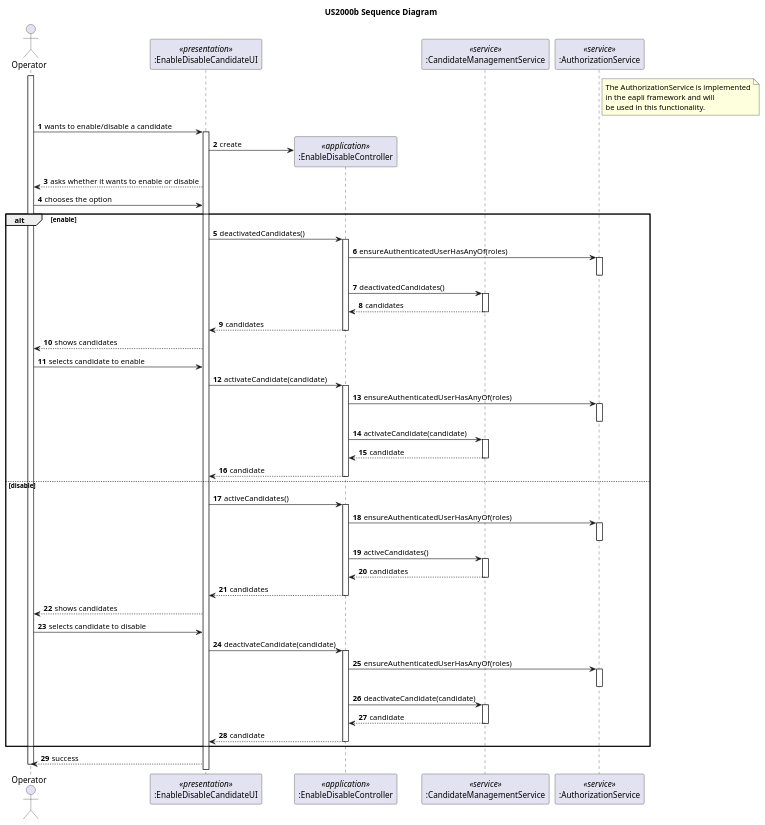
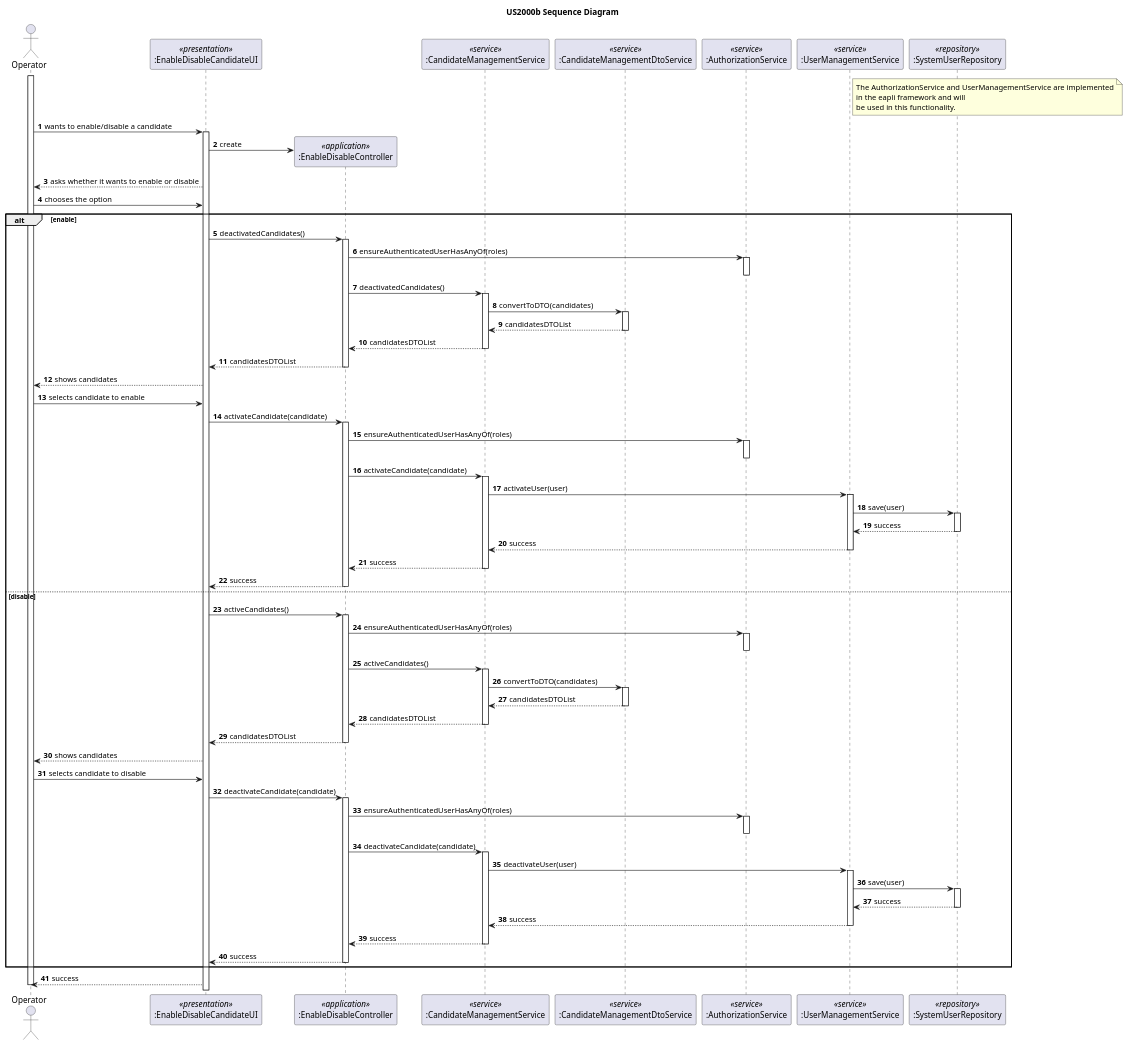
One commit to rita-barbosa/LAPR4-2324 changed the diagram in docs/sprint-c/us_2000b/sd/sd-us-2000b.puml. Above: the diagram before and after it, drawn with PlantUML. The commit also changed 4 other files, not shown here.

```diff
--- a/docs/sprint-c/us_2000b/sd/sd-us-2000b.puml
+++ b/docs/sprint-c/us_2000b/sd/sd-us-2000b.puml
@@ -1,112 +1,142 @@
 @startuml
 autonumber
 
 title US2000b Sequence Diagram
 
 actor "Operator" as operator
 
 participant ":EnableDisableCandidateUI" as UI <<presentation>>
 participant ":EnableDisableController" as CTRL <<application>>
 participant ":CandidateManagementService" as CMS <<service>>
+participant ":CandidateManagementDtoService" as CandidateManagementDtoService <<service>>
 participant ":AuthorizationService" as AUTHZ <<service>>
+participant ":UserManagementService" as UserManagementService <<service>>
+participant ":SystemUserRepository" as UserRepository <<repository>>
 
-note right AUTHZ
-The AuthorizationService is implemented
+
+note right UserManagementService
+The AuthorizationService and UserManagementService are implemented
 in the eapli framework and will
 be used in this functionality.
 end note
 
 activate operator
 
 operator -> UI : wants to enable/disable a candidate
 activate UI
 
 UI -> CTRL**: create
 
 UI --> operator: asks whether it wants to enable or disable
 
 operator -> UI : chooses the option
 
 alt enable
 
 UI ->   CTRL: deactivatedCandidates()
 activate CTRL
 
 CTRL -> AUTHZ:  ensureAuthenticatedUserHasAnyOf(roles)
 activate AUTHZ
 deactivate AUTHZ
 
 
 CTRL -> CMS: deactivatedCandidates()
 activate CMS
 
-CMS --> CTRL: candidates
+CMS -> CandidateManagementDtoService: convertToDTO(candidates)
+activate CandidateManagementDtoService
+    CandidateManagementDtoService-->CMS: candidatesDTOList
+deactivate CandidateManagementDtoService
+CMS --> CTRL: candidatesDTOList
 deactivate CMS
 
-CTRL --> UI: candidates
+CTRL --> UI: candidatesDTOList
 deactivate CTRL
 
 UI --> operator: shows candidates
 operator -> UI: selects candidate to enable
 
 UI -> CTRL: activateCandidate(candidate)
 activate CTRL
 
 CTRL -> AUTHZ:  ensureAuthenticatedUserHasAnyOf(roles)
 activate AUTHZ
 deactivate AUTHZ
 
 CTRL -> CMS : activateCandidate(candidate)
 activate CMS
 
-CMS --> CTRL : candidate
+CMS-> UserManagementService: activateUser(user)
+activate UserManagementService
+    UserManagementService -> UserRepository: save(user)
+    activate UserRepository
+        UserRepository --> UserManagementService: success
+    deactivate UserRepository
+    UserManagementService --> CMS: success
+deactivate UserManagementService
+
+CMS --> CTRL : success
 deactivate CMS
 
-CTRL --> UI : candidate
+CTRL --> UI : success
 deactivate CTRL
 
 else disable
 
 UI ->   CTRL: activeCandidates()
 activate CTRL
 
 CTRL -> AUTHZ:  ensureAuthenticatedUserHasAnyOf(roles)
 activate AUTHZ
 deactivate AUTHZ
 
 CTRL -> CMS: activeCandidates()
 activate CMS
 
-CMS --> CTRL: candidates
+CMS ->CandidateManagementDtoService: convertToDTO(candidates)
+activate CandidateManagementDtoService
+    CandidateManagementDtoService--> CMS: candidatesDTOList
+deactivate CandidateManagementDtoService
+CMS --> CTRL: candidatesDTOList
 deactivate CMS
 
-CTRL --> UI: candidates
+CTRL --> UI: candidatesDTOList
 deactivate CTRL
 
 UI --> operator: shows candidates
 operator -> UI: selects candidate to disable
 
 UI -> CTRL: deactivateCandidate(candidate)
 activate CTRL
 
 CTRL -> AUTHZ:  ensureAuthenticatedUserHasAnyOf(roles)
 activate AUTHZ
 deactivate AUTHZ
 
 CTRL -> CMS : deactivateCandidate(candidate)
 activate CMS
 
-CMS --> CTRL : candidate
+CMS-> UserManagementService: deactivateUser(user)
+activate UserManagementService
+    UserManagementService -> UserRepository: save(user)
+    activate UserRepository
+        UserRepository --> UserManagementService: success
+    deactivate UserRepository
+    UserManagementService --> CMS: success
+deactivate UserManagementService
+
+CMS --> CTRL : success
 deactivate CMS
 
-CTRL --> UI : candidate
+CTRL --> UI : success
 deactivate CTRL
 
 
 end
 
 UI --> operator: success
 
 deactivate operator
 
 @enduml
```
